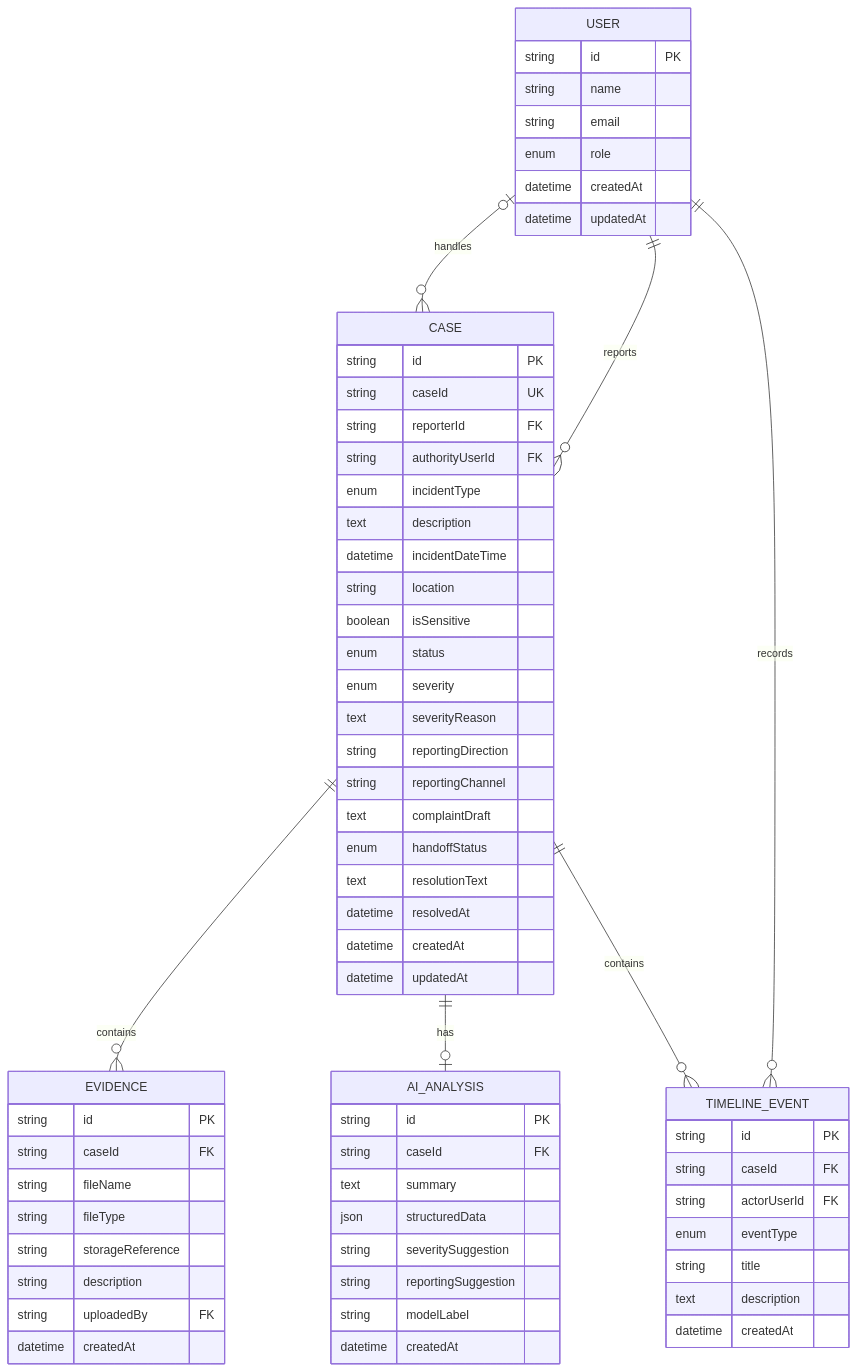
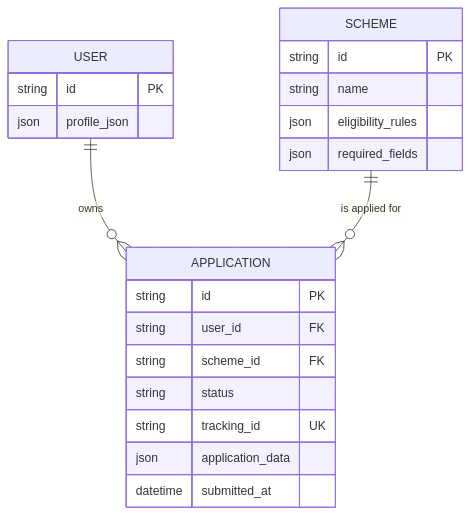
One commit to Fouzzan/civicproof changed the diagram in Docs/07-DATABASE.md. Above: the diagram before and after it, drawn with Mermaid. The commit also changed other lines of this file and 116 other files, not shown here.

````diff
--- a/Docs/07-DATABASE.md
+++ b/Docs/07-DATABASE.md
@@ -657,74 +343,27 @@
 ```mermaid
 erDiagram
-    USER ||--o{ CASE : reports
-    USER ||--o{ TIMELINE_EVENT : records
-    USER o|--o{ CASE : handles
-
-    CASE ||--o{ EVIDENCE : contains
-    CASE ||--o| AI_ANALYSIS : has
-    CASE ||--o{ TIMELINE_EVENT : contains
+    USER ||--o{ APPLICATION : owns
+    SCHEME ||--o{ APPLICATION : "is applied for"
 
     USER {
         string id PK
-        string name
-        string email
-        enum role
-        datetime createdAt
-        datetime updatedAt
+        json profile_json
     }
 
-    CASE {
+    SCHEME {
         string id PK
-        string caseId UK
-        string reporterId FK
-        string authorityUserId FK
-        enum incidentType
-        text description
-        datetime incidentDateTime
-        string location
-        boolean isSensitive
-        enum status
-        enum severity
-        text severityReason
-        string reportingDirection
-        string reportingChannel
-        text complaintDraft
-        enum handoffStatus
-        text resolutionText
-        datetime resolvedAt
-        datetime createdAt
-        datetime updatedAt
+        string name
+        json eligibility_rules
+        json required_fields
     }
 
-    EVIDENCE {
+    APPLICATION {
         string id PK
-        string caseId FK
-        string fileName
-        string fileType
-        string storageReference
-        string description
-        string uploadedBy FK
-        datetime createdAt
-    }
-
-    AI_ANALYSIS {
-        string id PK
-        string caseId FK
-        text summary
-        json structuredData
-        string severitySuggestion
-        string reportingSuggestion
-        string modelLabel
-        datetime createdAt
-    }
-
-    TIMELINE_EVENT {
-        string id PK
-        string caseId FK
-        string actorUserId FK
-        enum eventType
-        string title
-        text description
-        datetime createdAt
+        string user_id FK
+        string scheme_id FK
+        string status
+        string tracking_id UK
+        json application_data
+        datetime submitted_at
     }
 ```
````
